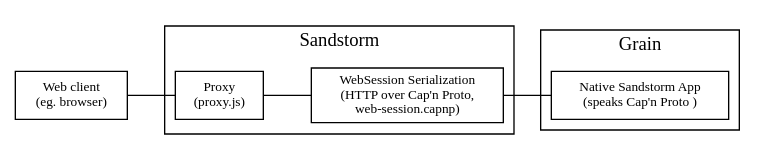
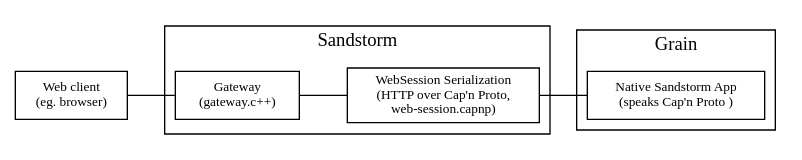
One commit to sandstorm-io/sandstorm changed the second of 2 diagrams in docs/using/how-it-works.md. Above: the diagram before and after it, drawn with Graphviz. The commit also changed other lines of this file, not shown here.

Commit message:
Fix diagram bitrot.
proxy.js doesn't exist anymore; the relevant logic has moved to
gateway.c++

````diff
--- a/docs/using/how-it-works.md
+++ b/docs/using/how-it-works.md
@@ -55,24 +55,24 @@
 ```graphviz dot communication_overview_native_app.svg
     graph communication_overview_native_app {
       rankdir=LR;
       compound=true;
       node [shape=box fontsize=10];
 
       client [label="Web client\n(eg. browser)"];
 
       subgraph cluster_sandstorm {
         label="Sandstorm";
-        proxy [label="Proxy\n (proxy.js)";];
+        proxy [label="Gateway\n (gateway.c++)";];
         websession [label="WebSession Serialization\n(HTTP over Cap'n Proto,\nweb-session.capnp)"];
       }
 
       subgraph cluster_grain {
         label="Grain";
         app [label="Native Sandstorm App\n(speaks Cap'n Proto )"];
       }
 
       client -- proxy;
       proxy -- websession;
       websession -- app;
     }
 ```
````
